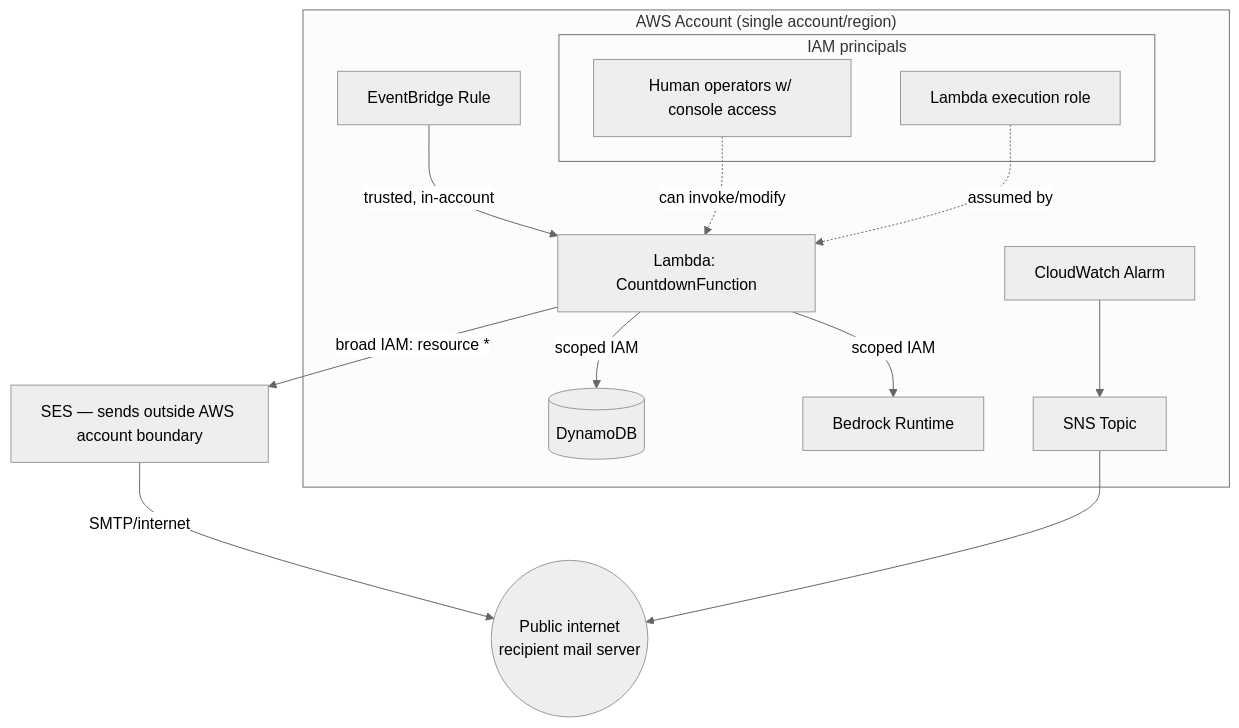
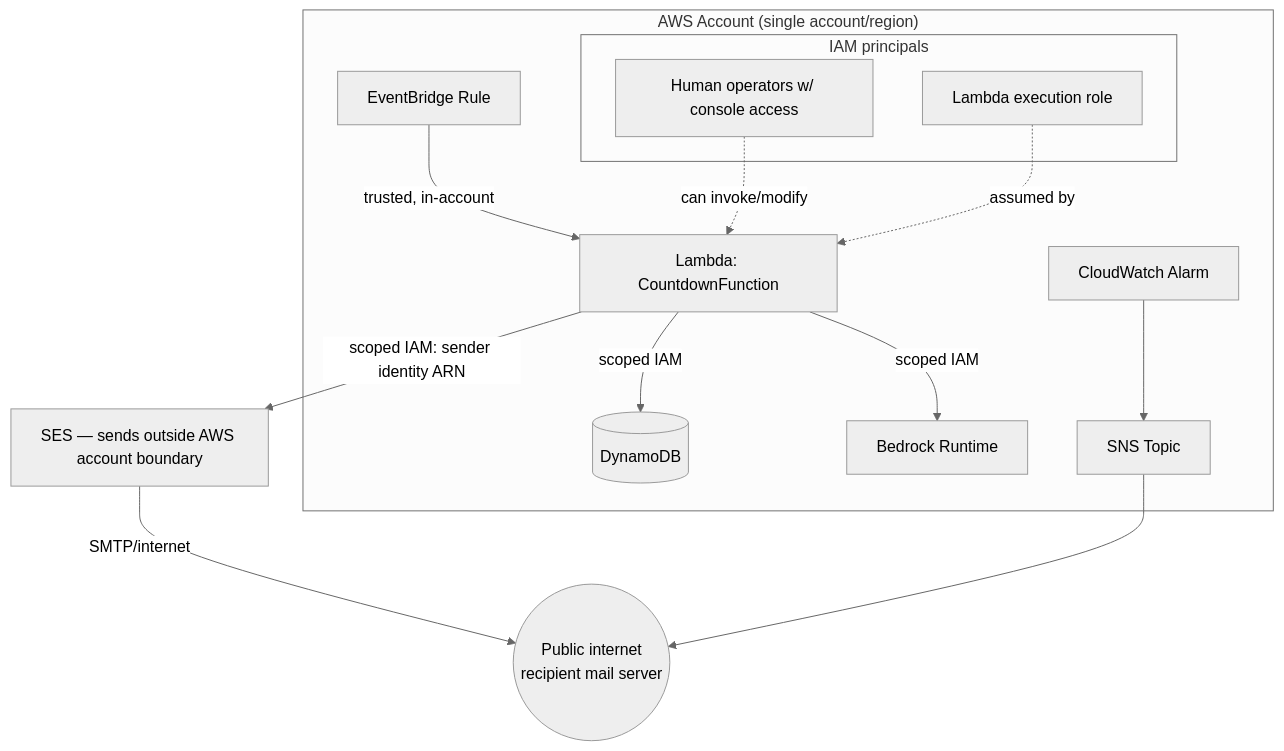
Before and after one commit to baldrickuk/retirement-calleth: the diagram in docs/threat-model.md, drawn with Mermaid (neutral theme). The commit also changed other lines of this file and 3 other files, not shown here.

First line of the commit message:
Scope SES IAM grant to the sender identity ARN

````diff
--- a/docs/threat-model.md
+++ b/docs/threat-model.md
@@ -22,26 +22,26 @@
 ```mermaid
 flowchart TB
     subgraph AWS["AWS Account (single account/region)"]
         EB[EventBridge Rule]
         L[Lambda: CountdownFunction]
         DDB[(DynamoDB)]
         BR[Bedrock Runtime]
         CW[CloudWatch Alarm]
         SNS[SNS Topic]
         subgraph IAM["IAM principals"]
             Role[Lambda execution role]
             Human[Human operators w/ console access]
         end
     end
     SES[SES — sends outside AWS account boundary]
     Internet((Public internet<br/>recipient mail server))
 
     EB -->|trusted, in-account| L
     L -->|scoped IAM| DDB
     L -->|scoped IAM| BR
-    L -->|broad IAM: resource *| SES
+    L -->|scoped IAM: sender identity ARN| SES
     SES -->|SMTP/internet| Internet
     CW --> SNS --> Internet
     Human -.->|can invoke/modify| L
     Role -.->|assumed by| L
 ```
````
